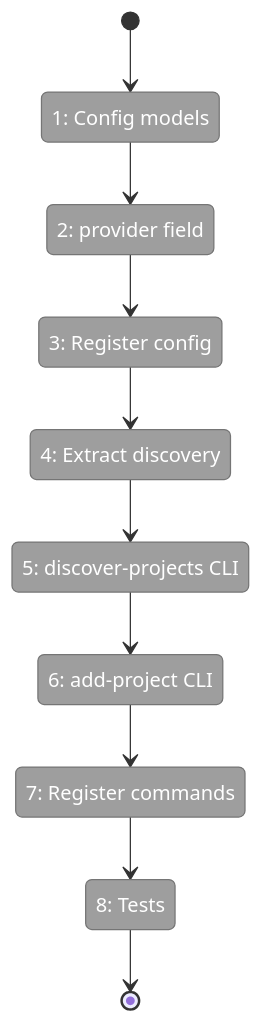
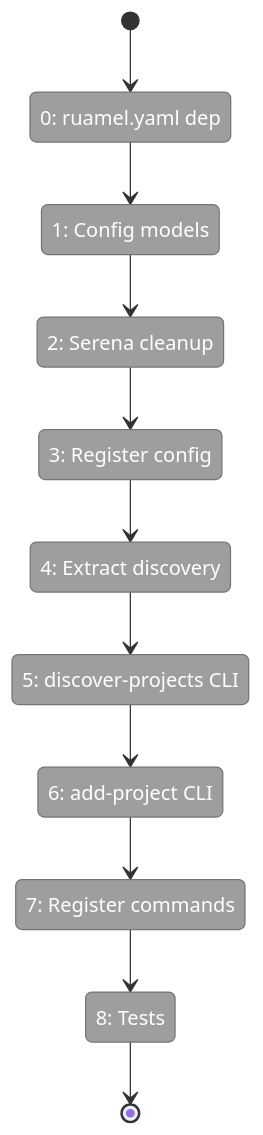
One commit to AI-Substrate/flow_squared changed the first of 2 diagrams in docs/plans/038-scip-cross-file-rels/tasks/phase-3-config-discovery-cli/tasks.fltplan.md. Above: the diagram before and after it, drawn with Mermaid. The commit also changed other lines of this file and 1 other file, not shown here.

````diff
--- a/docs/plans/038-scip-cross-file-rels/tasks/phase-3-config-discovery-cli/tasks.fltplan.md
+++ b/docs/plans/038-scip-cross-file-rels/tasks/phase-3-config-discovery-cli/tasks.fltplan.md
@@ -40,28 +39,30 @@
 ```mermaid
 stateDiagram-v2
     classDef pending fill:#9E9E9E,stroke:#757575,color:#fff
     classDef active fill:#FFC107,stroke:#FFA000,color:#000
     classDef done fill:#4CAF50,stroke:#388E3C,color:#fff
     classDef blocked fill:#F44336,stroke:#D32F2F,color:#fff
 
+    state "0: ruamel.yaml dep" as S0
     state "1: Config models" as S1
-    state "2: provider field" as S2
+    state "2: Serena cleanup" as S2
     state "3: Register config" as S3
     state "4: Extract discovery" as S4
     state "5: discover-projects CLI" as S5
     state "6: add-project CLI" as S6
     state "7: Register commands" as S7
     state "8: Tests" as S8
 
-    [*] --> S1
+    [*] --> S0
+    S0 --> S1
     S1 --> S2
     S2 --> S3
     S3 --> S4
     S4 --> S5
     S5 --> S6
     S6 --> S7
     S7 --> S8
     S8 --> [*]
 
-    class S1,S2,S3,S4,S5,S6,S7,S8 pending
+    class S0,S1,S2,S3,S4,S5,S6,S7,S8 pending
 ```
````
